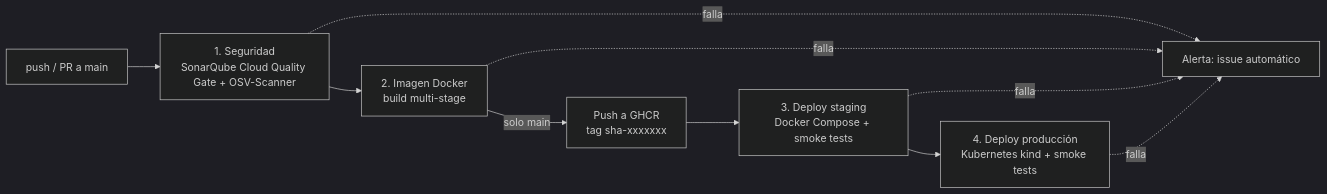
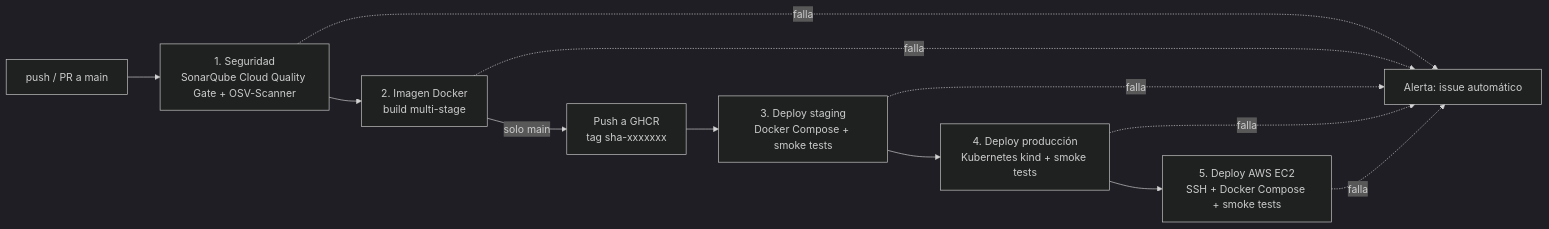
One commit to panda2048-max/evaluacion2devops changed the diagram in README.md. Above: the diagram before and after it, drawn with Mermaid (dark theme). The commit also changed other lines of this file and 2 other files, not shown here.

Commit message:
despliegue automatico en AWS EC2

````diff
--- a/README.md
+++ b/README.md
@@ -38,12 +39,14 @@
 ```mermaid
 flowchart LR
     A[push / PR a main] --> C[1. Seguridad<br/>SonarQube Cloud Quality Gate + OSV-Scanner]
     C --> D[2. Imagen Docker<br/>build multi-stage]
     D -->|solo main| E[Push a GHCR<br/>tag sha-xxxxxxx]
     E --> F[3. Deploy staging<br/>Docker Compose + smoke tests]
     F --> G[4. Deploy producción<br/>Kubernetes kind + smoke tests]
+    G --> H[5. Deploy AWS EC2<br/>SSH + Docker Compose + smoke tests]
     C -. falla .-> X[Alerta: issue automático]
     D -. falla .-> X
     F -. falla .-> X
     G -. falla .-> X
+    H -. falla .-> X
 ```
````
